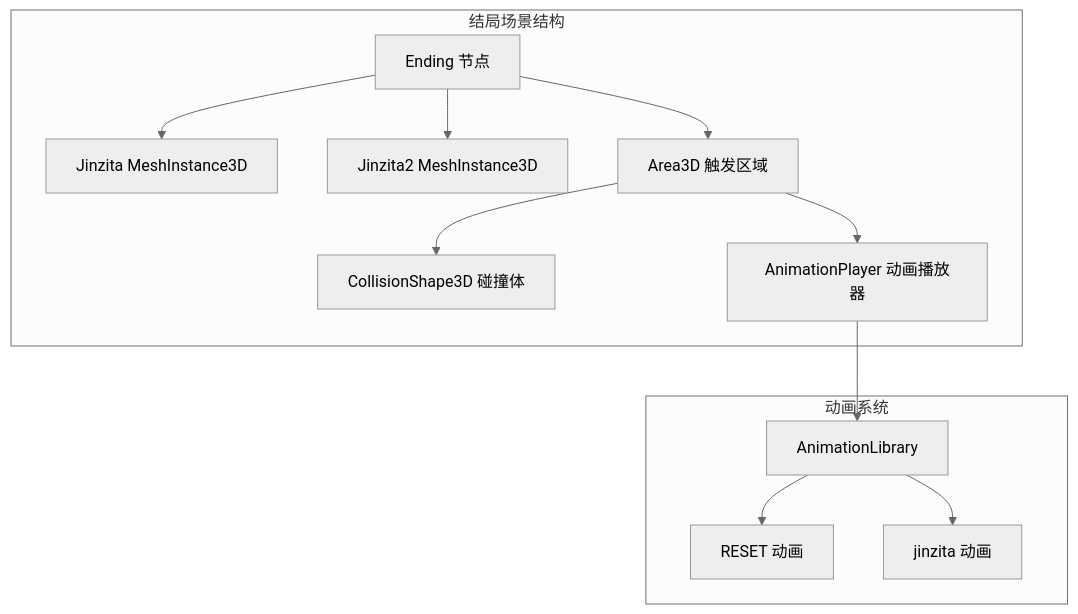
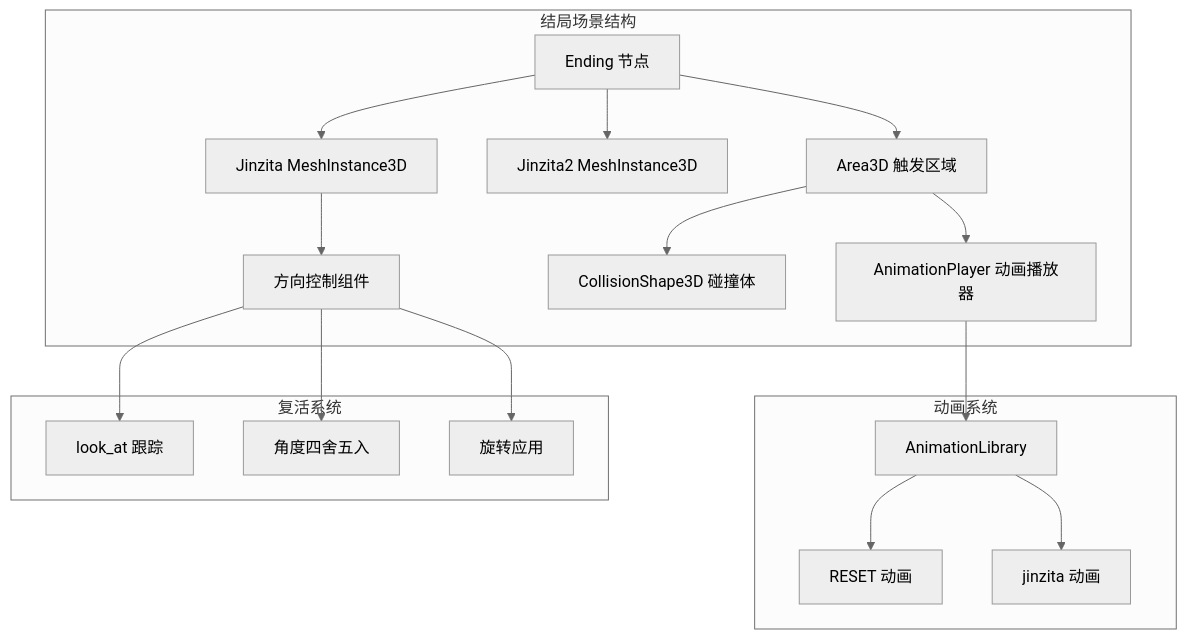
The third of 7 diagrams in .qoder/repowiki/zh/content/游戏系统/触发器系统/结局触发器.md (godotline/godot-line), drawn with Mermaid (neutral theme) before and after one commit. The commit also changed other lines of this file and 7 other files, not shown here.

````diff
--- a/.qoder/repowiki/zh/content/游戏系统/触发器系统/结局触发器.md
+++ b/.qoder/repowiki/zh/content/游戏系统/触发器系统/结局触发器.md
@@ -189,24 +233,34 @@
 ```mermaid
 graph TD
 subgraph "结局场景结构"
 EndingNode[Ending 节点]
 Jinzita[Jinzita MeshInstance3D]
 Jinzita2[Jinzita2 MeshInstance3D]
 Area3D[Area3D 触发区域]
 CollisionShape3D[CollisionShape3D 碰撞体]
 AnimationPlayer[AnimationPlayer 动画播放器]
+DirectionControl[方向控制组件]
 end
 subgraph "动画系统"
 ResetAnim[RESET 动画]
 JinzitaAnim[jinzita 动画]
 AnimLibrary[AnimationLibrary]
+end
+subgraph "复活系统"
+LookAt[look_at 跟踪]
+AngleRound[角度四舍五入]
+RotationApply[旋转应用]
 end
 EndingNode --> Jinzita
 EndingNode --> Jinzita2
 EndingNode --> Area3D
 Area3D --> CollisionShape3D
 Area3D --> AnimationPlayer
 AnimationPlayer --> AnimLibrary
 AnimLibrary --> ResetAnim
 AnimLibrary --> JinzitaAnim
+Jinzita --> DirectionControl
+DirectionControl --> LookAt
+DirectionControl --> AngleRound
+DirectionControl --> RotationApply
 ```
````
